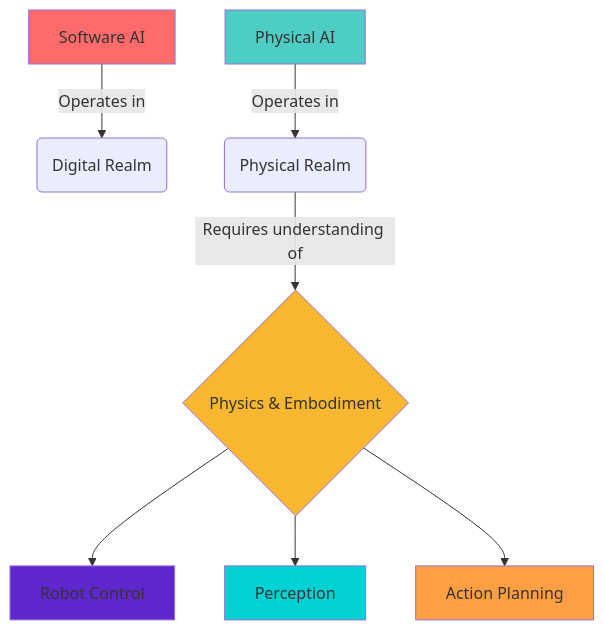
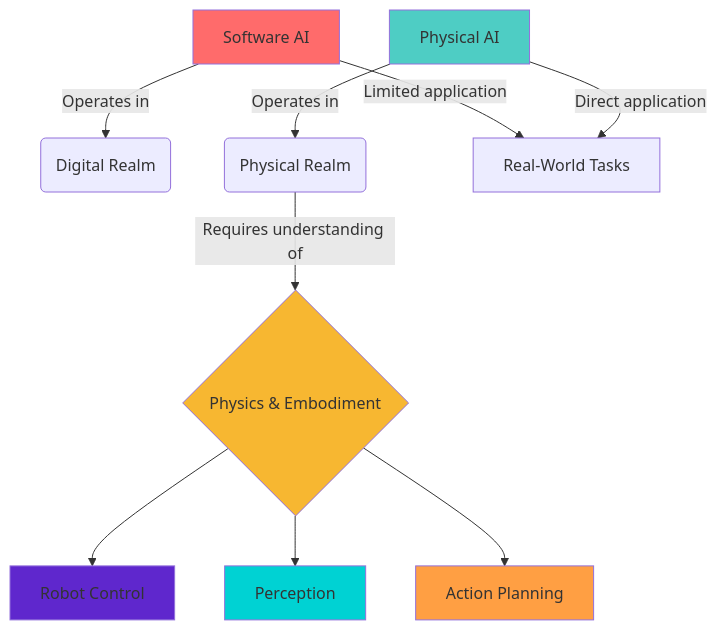
Before and after one commit to asma-aslam30/hackathon: the diagram in docs/docs/physical-ai-robotics/introduction.md, drawn with Mermaid. The commit also changed other lines of this file and 44 other files, not shown here.

````diff
--- a/docs/docs/physical-ai-robotics/introduction.md
+++ b/docs/docs/physical-ai-robotics/introduction.md
@@ -146,16 +274,19 @@
 ```mermaid
 graph TD
     A[Software AI] -->|Operates in| B(Digital Realm)
     C[Physical AI] -->|Operates in| D(Physical Realm)
     D -->|Requires understanding of| E{Physics & Embodiment}
     E --> F[Robot Control]
     E --> G[Perception]
     E --> H[Action Planning]
 
     style A fill:#ff6b6b
     style C fill:#4ecdc4
     style E fill:#f7b731
     style F fill:#5f27cd
     style G fill:#00d2d3
     style H fill:#ff9f43
+
+    A -->|Limited application| X[Real-World Tasks]
+    C -->|Direct application| X
 ```
````
